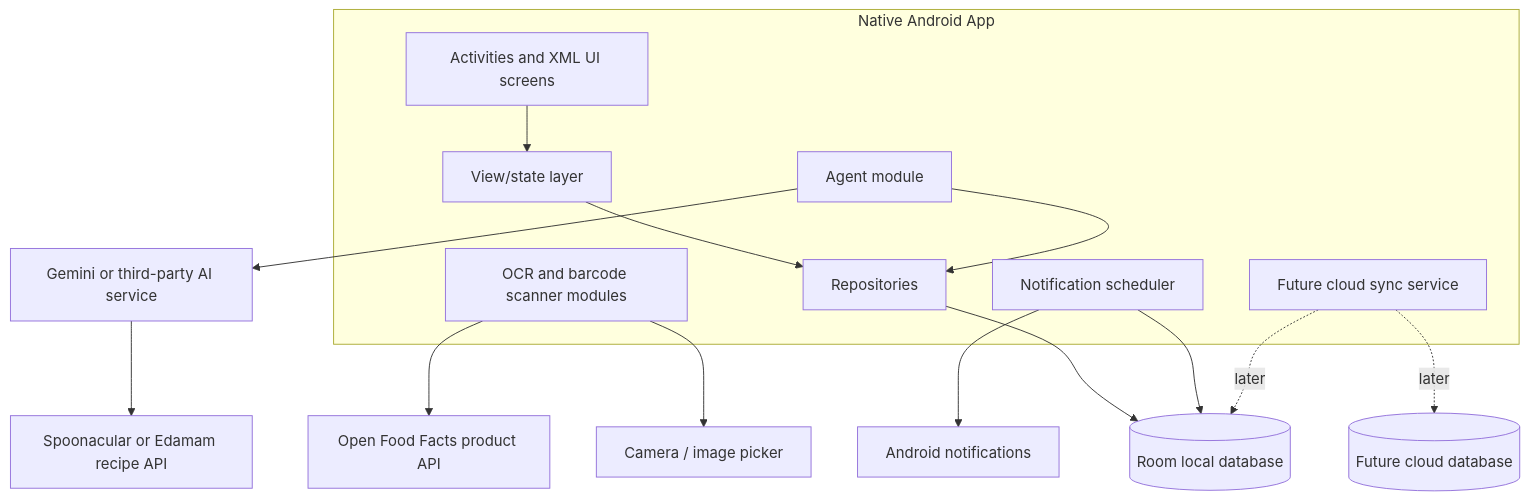
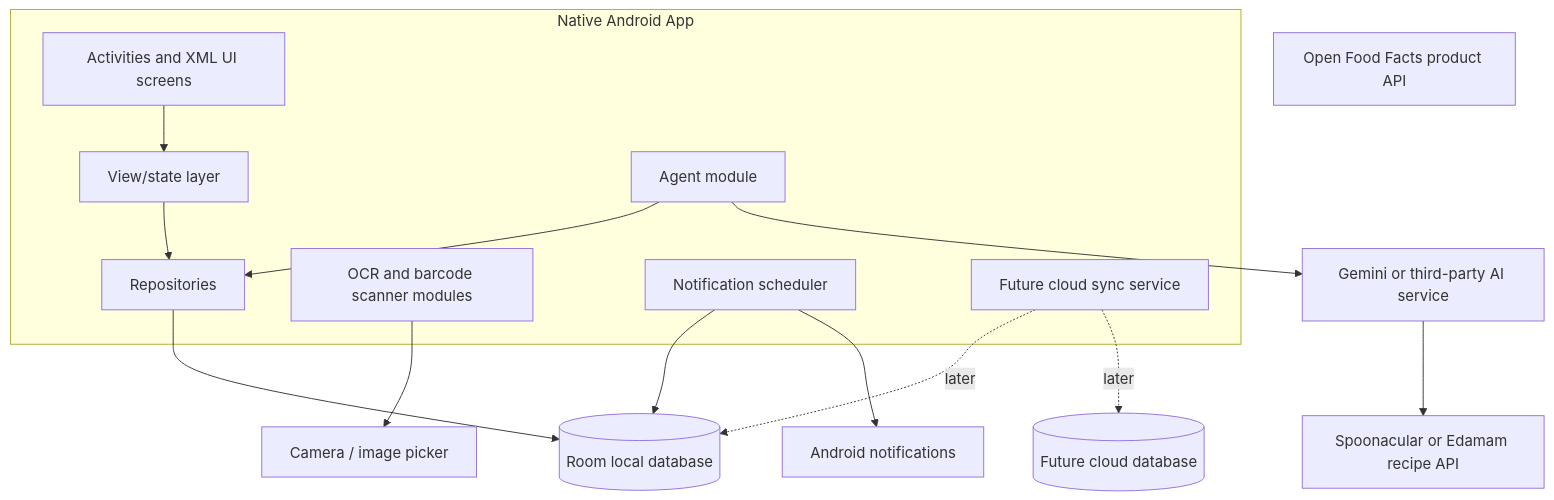
Before and after one commit to thqhuong/SmartExpApp: the second of 8 diagrams in docs/planning/general-route.md, drawn with Mermaid. The commit also changed other lines of this file and 7 other files, not shown here.

````diff
--- a/docs/planning/general-route.md
+++ b/docs/planning/general-route.md
@@ -78,33 +74,32 @@
 ```mermaid
 flowchart TB
     subgraph AndroidApp[Native Android App]
         UI[Activities and XML UI screens]
         VM[View/state layer]
         Repo[Repositories]
         Agent[Agent module]
         Scanner[OCR and barcode scanner modules]
         Reminder[Notification scheduler]
         Sync[Future cloud sync service]
     end
 
     Room[(Room local database)]
     Camera[Camera / image picker]
     AgentAI[Gemini or third-party AI service]
     ProductAPI[Open Food Facts product API]
     RecipeAPI[Spoonacular or Edamam recipe API]
     NotificationSystem[Android notifications]
     Cloud[(Future cloud database)]
 
     UI --> VM
     VM --> Repo
     Repo --> Room
     Scanner --> Camera
-    Scanner --> ProductAPI
     Agent --> Repo
     Agent --> AgentAI
     AgentAI --> RecipeAPI
     Reminder --> Room
     Reminder --> NotificationSystem
     Sync -. later .-> Room
     Sync -. later .-> Cloud
 ```
````
